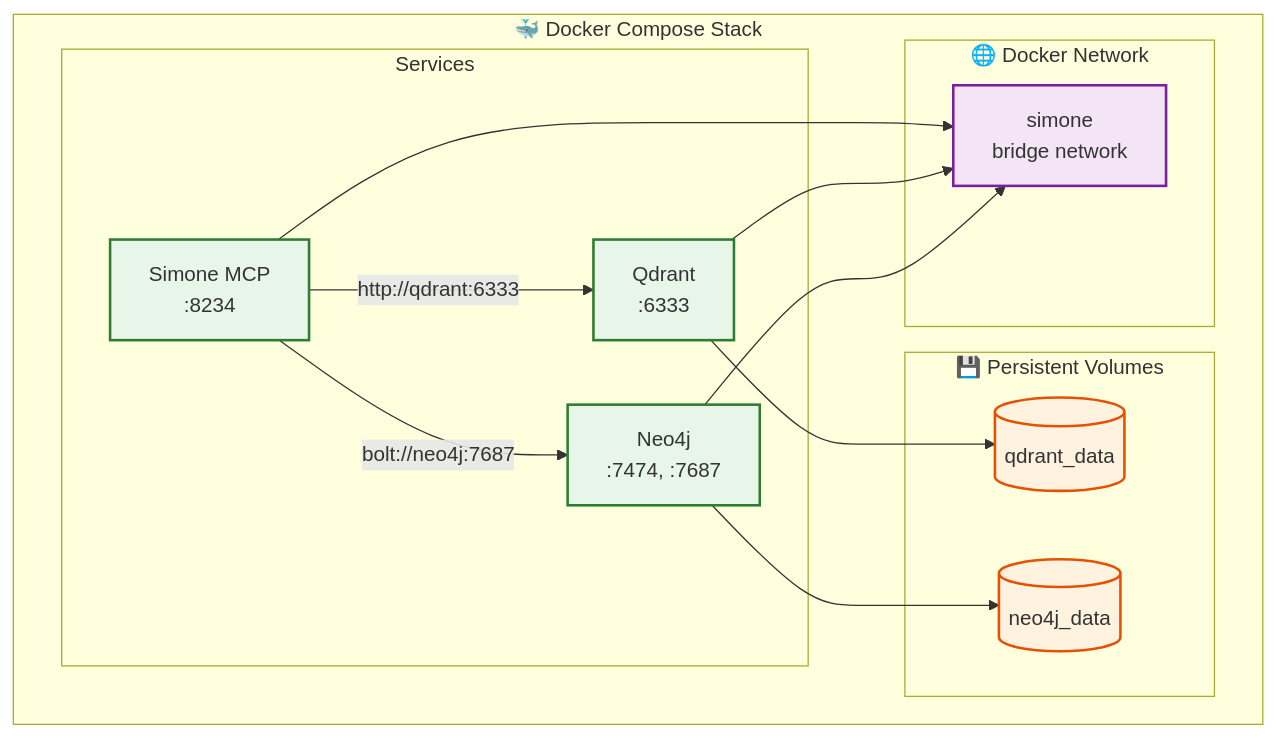
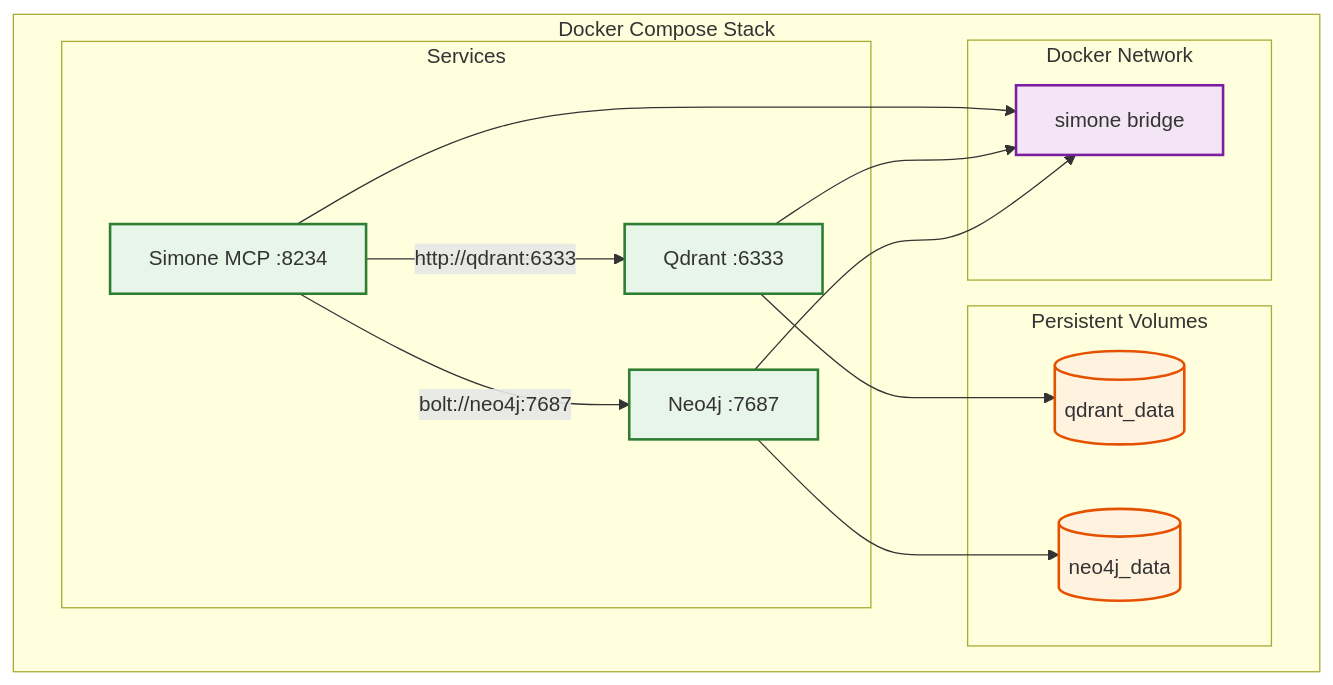
Before and after one commit to OpenSIN-Code/SIN-Code: the ninth of 15 diagrams in legacy/simone-mcp/docs/architecture.md, drawn with Mermaid. The commit also changed other lines of this file, not shown here.

First line of the commit message:
Fix ALL Mermaid diagram syntax errors - enterprise-level compliance

````diff
--- a/legacy/simone-mcp/docs/architecture.md
+++ b/legacy/simone-mcp/docs/architecture.md
@@ -339,35 +342,35 @@
 ```mermaid
-graph TB
-    subgraph Docker["🐳 Docker Compose Stack"]
+flowchart TB
+    subgraph Docker["Docker Compose Stack"]
         subgraph Services["Services"]
-            SIMONE[Simone MCP<br/>:8234]
-            QDRANT[Qdrant<br/>:6333]
-            NEO4J[Neo4j<br/>:7474, :7687]
+            SIMONE["Simone MCP :8234"]
+            QDRANT["Qdrant :6333"]
+            NEO4J["Neo4j :7687"]
         end
 
-        subgraph Volumes["💾 Persistent Volumes"]
-            QDATA[(qdrant_data)]
-            NDATA[(neo4j_data)]
+        subgraph Volumes["Persistent Volumes"]
+            QDATA[("qdrant_data")]
+            NDATA[("neo4j_data")]
         end
 
-        subgraph Network["🌐 Docker Network"]
-            SIMONE_NET[simone<br/>bridge network]
+        subgraph Network["Docker Network"]
+            SIMONE_NET["simone bridge"]
         end
     end
 
-    SIMONE -->|http://qdrant:6333| QDRANT
-    SIMONE -->|bolt://neo4j:7687| NEO4J
+    SIMONE -->|"http://qdrant:6333"| QDRANT
+    SIMONE -->|"bolt://neo4j:7687"| NEO4J
     QDRANT --> QDATA
     NEO4J --> NDATA
     SIMONE --> SIMONE_NET
     QDRANT --> SIMONE_NET
     NEO4J --> SIMONE_NET
 
-    classDef service fill:#e8f5e9,stroke:#2e7d32,stroke-width:2px
-    classDef volume fill:#fff3e0,stroke:#e65100,stroke-width:2px
-    classDef network fill:#f3e5f5,stroke:#7b1fa2,stroke-width:2px
+    classDef serviceClass fill:#e8f5e9,stroke:#2e7d32,stroke-width:2px
+    classDef volumeClass fill:#fff3e0,stroke:#e65100,stroke-width:2px
+    classDef networkClass fill:#f3e5f5,stroke:#7b1fa2,stroke-width:2px
 
-    class SIMONE,QDRANT,NEO4J service
-    class QDATA,NDATA volume
-    class SIMONE_NET network
+    class SIMONE,QDRANT,NEO4J serviceClass
+    class QDATA,NDATA volumeClass
+    class SIMONE_NET networkClass
 ```
````
